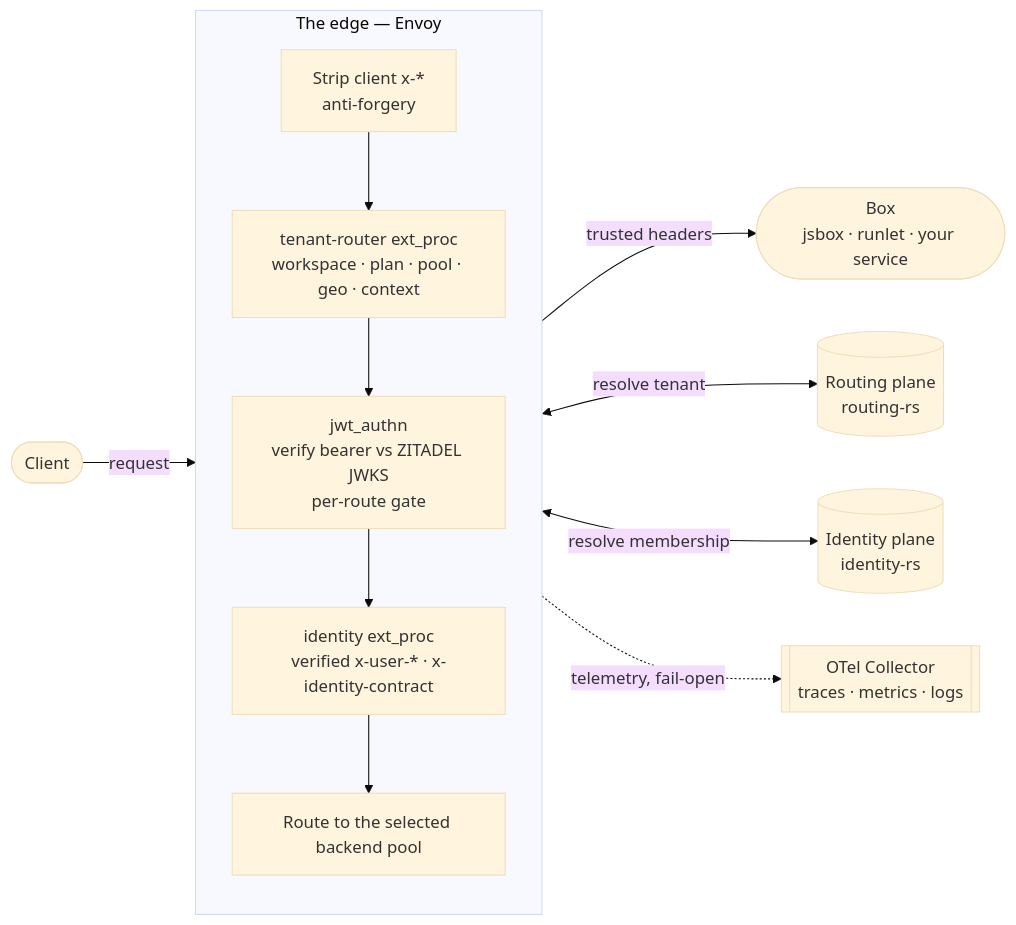
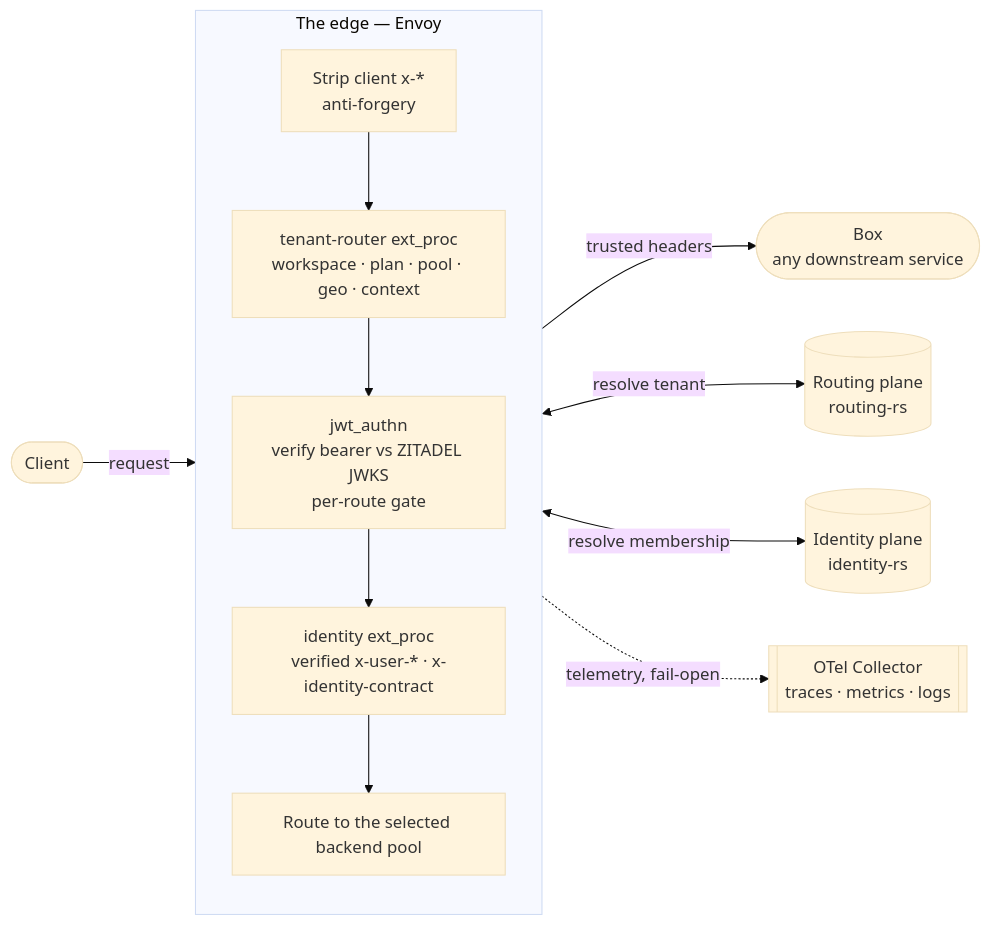
The diagram in README.md (dufeutech/nexus), drawn with Mermaid (base theme) before and after one commit. The commit also changed 2 other files, not shown here.

Commit message:
docs: genericize box consumers — the contract works with any service
Replace jsbox/runlet naming with service-agnostic role terms ("the consuming
backend", "backend boxes", "any downstream service") across the README diagram,
the consumer contract, and the canonical upstream-requirements doc. The N5
open-action ownership is preserved ("open action is backend-side"), just no
longer tied to a specific consumer. toolify (infra/entry) is left as-is — it is
the ingress role, not a backend box. Archived change history is left untouched.

Claude-Session: https://claude.ai/code/session_016d5DGyNXe8ArVoxtHZBFBa

````diff
--- a/README.md
+++ b/README.md
@@ -18,25 +18,25 @@
 ```mermaid
 flowchart LR
     client([Client])
-    box([Box<br/>jsbox · runlet · your service])
+    box([Box<br/>any downstream service])
 
     subgraph edge["The edge — Envoy"]
         direction TB
         strip["Strip client x-*<br/>anti-forgery"]
         tr["tenant-router ext_proc<br/>workspace · plan · pool · geo · context"]
         jwt["jwt_authn<br/>verify bearer vs ZITADEL JWKS<br/>per-route gate"]
         id["identity ext_proc<br/>verified x-user-* · x-identity-contract"]
         route["Route to the selected backend pool"]
         strip --> tr --> jwt --> id --> route
     end
 
     routing[("Routing plane<br/>routing-rs")]
     identity[("Identity plane<br/>identity-rs")]
     otel[["OTel Collector<br/>traces · metrics · logs"]]
 
     client -->|request| strip
     route -->|trusted headers| box
     tr <-->|resolve tenant| routing
     id <-->|resolve membership| identity
     edge -.->|telemetry, fail-open| otel
 ```
````
